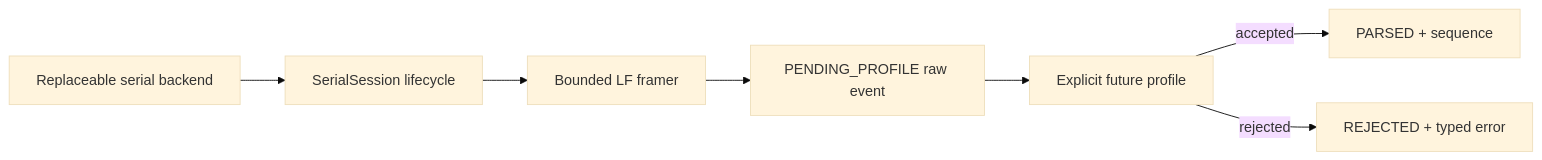
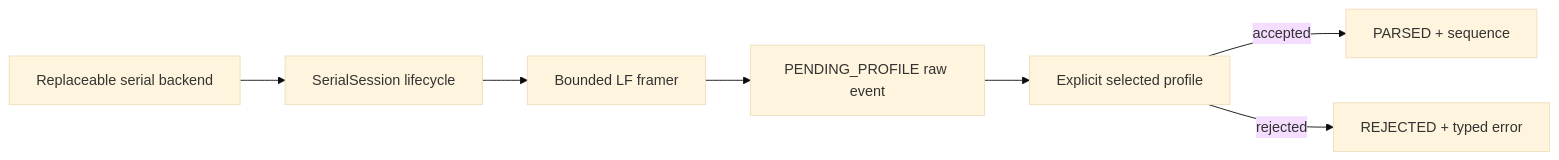
Before and after one commit to Carlos-0798/mixed-signal-afe-validation-platform: the diagram in docs/serial-transport.md, drawn with Mermaid (base theme). The commit also changed other lines of this file and 18 other files, not shown here.

````diff
--- a/docs/serial-transport.md
+++ b/docs/serial-transport.md
@@ -20,9 +20,9 @@
 ```mermaid
 flowchart LR
     Backend[Replaceable serial backend] --> Session[SerialSession lifecycle]
     Session --> Framer[Bounded LF framer]
     Framer --> Raw[PENDING_PROFILE raw event]
-    Raw --> Profile[Explicit future profile]
+    Raw --> Profile[Explicit selected profile]
     Profile -->|accepted| Parsed[PARSED + sequence]
     Profile -->|rejected| Rejected[REJECTED + typed error]
 ```
````
